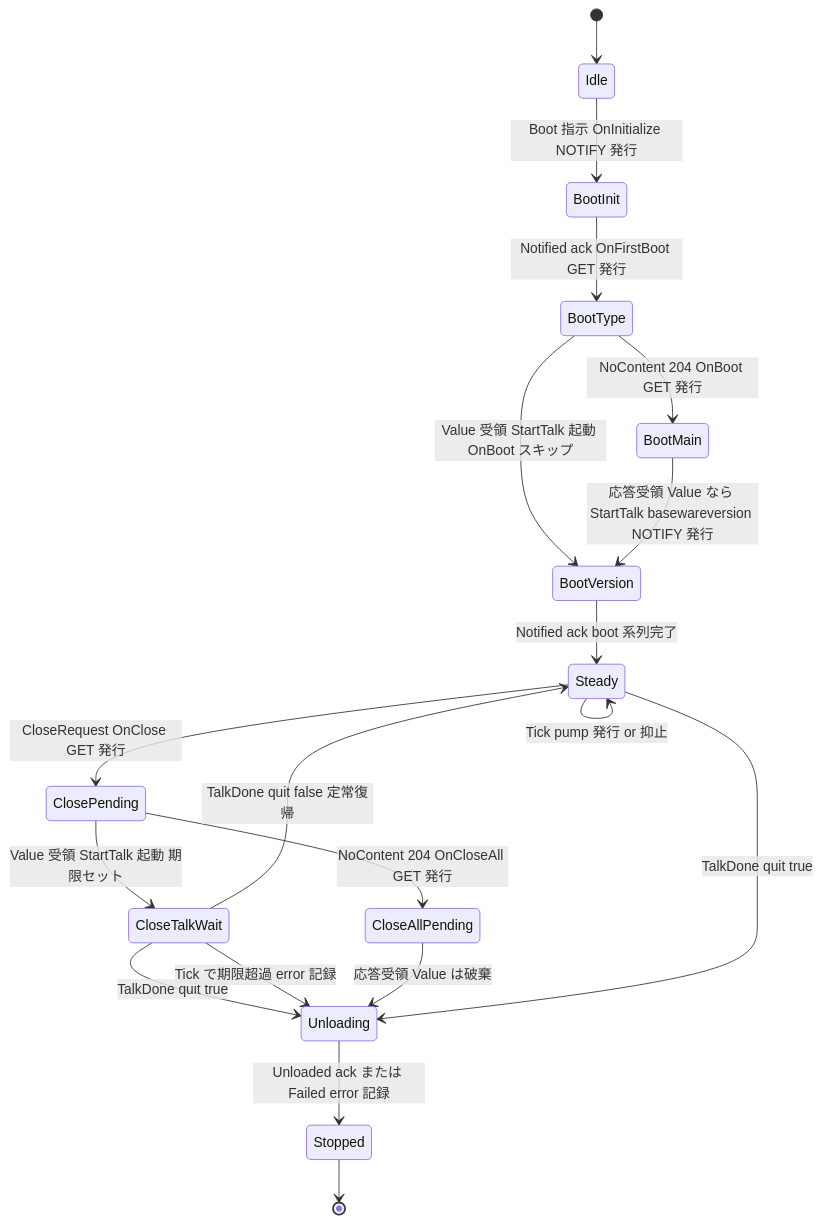
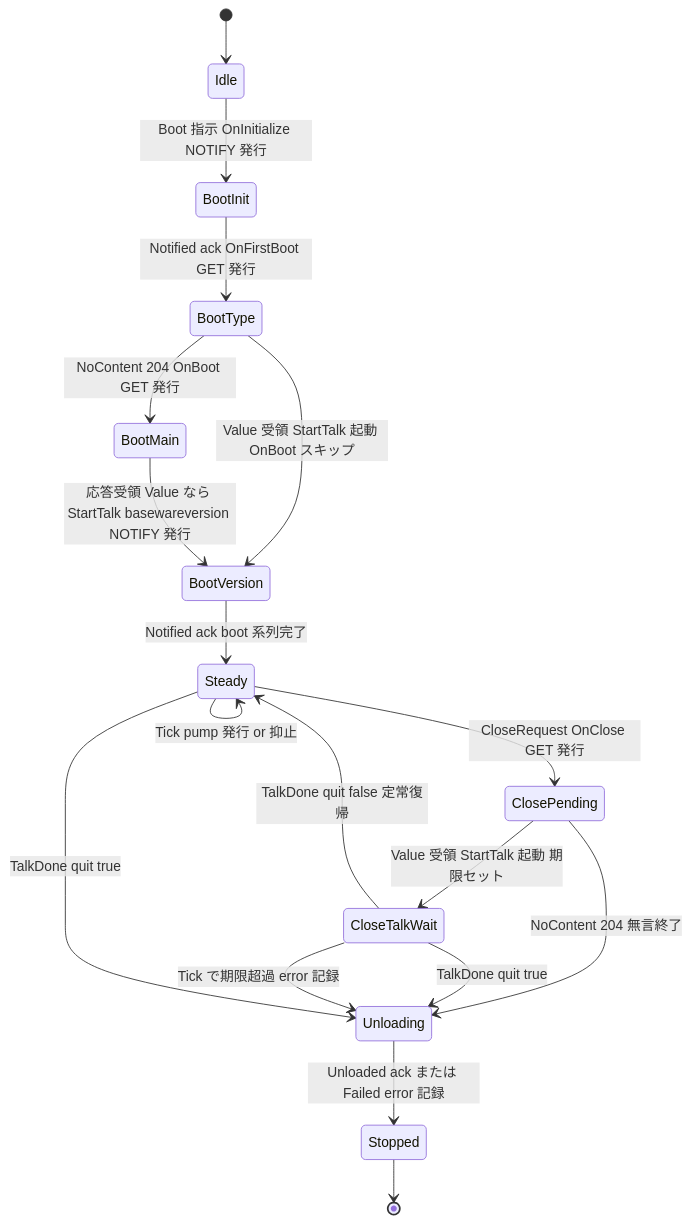
Before and after one commit to ekicyou/areka: the second of 3 diagrams in .kiro/specs/areka-P0-kanade/design.md, drawn with Mermaid. The commit also changed other lines of this file and 2 other files, not shown here.

Commit message:
docs(areka-P0-kanade): resolve design discussion #1 - OnClose-only close flow; 204 = no-response (not refusal) -> silent termination; OnCloseAll deferred from M1

````diff
--- a/.kiro/specs/areka-P0-kanade/design.md
+++ b/.kiro/specs/areka-P0-kanade/design.md
@@ -204,21 +203,20 @@
 ```mermaid
 stateDiagram-v2
     [*] --> Idle
     Idle --> BootInit : Boot 指示 OnInitialize NOTIFY 発行
     BootInit --> BootType : Notified ack OnFirstBoot GET 発行
     BootType --> BootMain : NoContent 204 OnBoot GET 発行
     BootType --> BootVersion : Value 受領 StartTalk 起動 OnBoot スキップ
     BootMain --> BootVersion : 応答受領 Value なら StartTalk basewareversion NOTIFY 発行
     BootVersion --> Steady : Notified ack boot 系列完了
     Steady --> Steady : Tick pump 発行 or 抑止
     Steady --> ClosePending : CloseRequest OnClose GET 発行
     ClosePending --> CloseTalkWait : Value 受領 StartTalk 起動 期限セット
-    ClosePending --> CloseAllPending : NoContent 204 OnCloseAll GET 発行
+    ClosePending --> Unloading : NoContent 204 無言終了
     CloseTalkWait --> Unloading : TalkDone quit true
     CloseTalkWait --> Steady : TalkDone quit false 定常復帰
     CloseTalkWait --> Unloading : Tick で期限超過 error 記録
-    CloseAllPending --> Unloading : 応答受領 Value は破棄
     Steady --> Unloading : TalkDone quit true
     Unloading --> Stopped : Unloaded ack または Failed error 記録
     Stopped --> [*]
 ```
````
